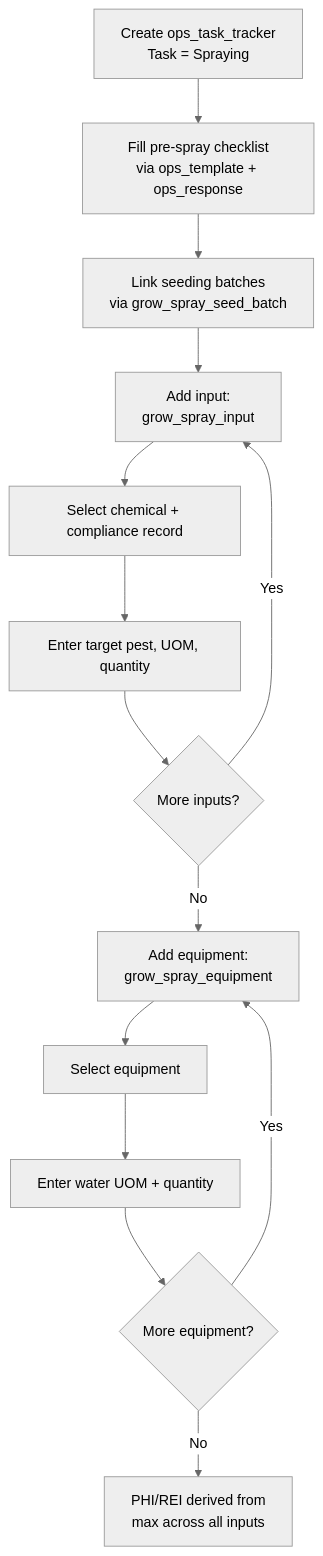
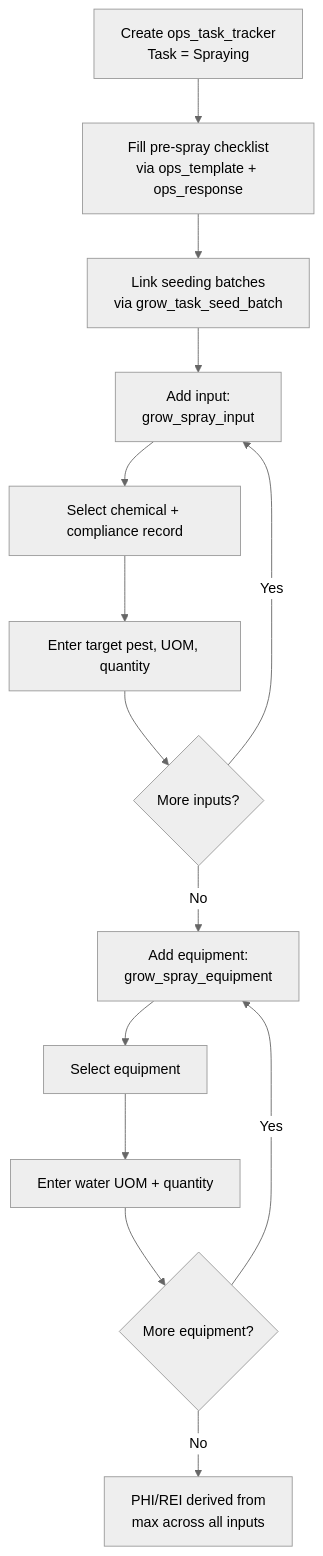
The diagram in docs/processes/20260324_06_grow_spraying_workflow.md (Hawaii-Farming/aloha-app), drawn with Mermaid (neutral theme) before and after one commit. The commit also changed other lines of this file and 16 other files, not shown here.

````diff
--- a/docs/processes/20260324_06_grow_spraying_workflow.md
+++ b/docs/processes/20260324_06_grow_spraying_workflow.md
@@ -69,16 +69,16 @@
 ```mermaid
 flowchart TD
     A[Create ops_task_tracker\nTask = Spraying] --> B[Fill pre-spray checklist\nvia ops_template + ops_response]
-    B --> C[Link seeding batches\nvia grow_spray_seed_batch]
+    B --> C[Link seeding batches\nvia grow_task_seed_batch]
     C --> D[Add input:\ngrow_spray_input]
     D --> D1[Select chemical + compliance record]
     D1 --> D2[Enter target pest, UOM, quantity]
     D2 --> D3{More inputs?}
     D3 -->|Yes| D
     D3 -->|No| E[Add equipment:\ngrow_spray_equipment]
     E --> E1[Select equipment]
     E1 --> E2[Enter water UOM + quantity]
     E2 --> E3{More equipment?}
     E3 -->|Yes| E
     E3 -->|No| F[PHI/REI derived from\nmax across all inputs]
 ```
````
